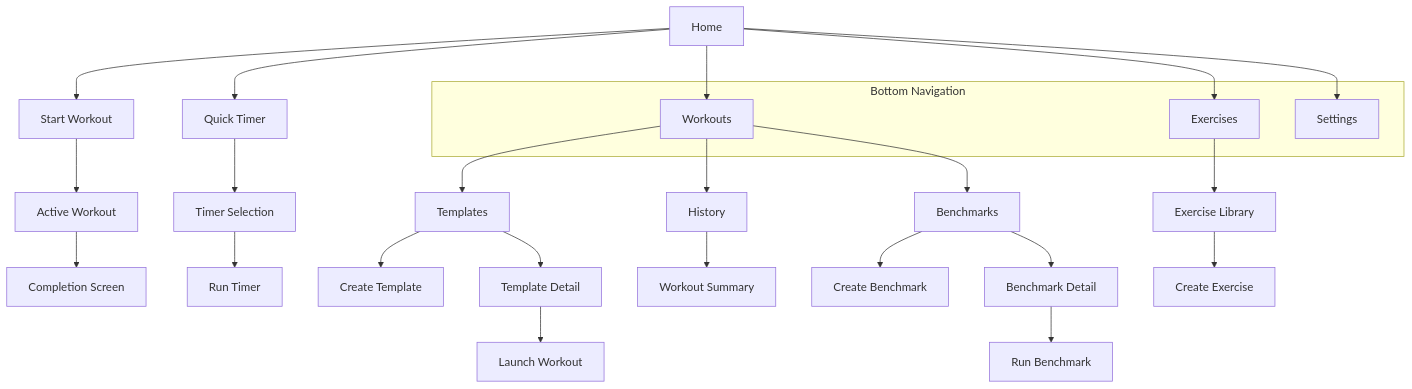
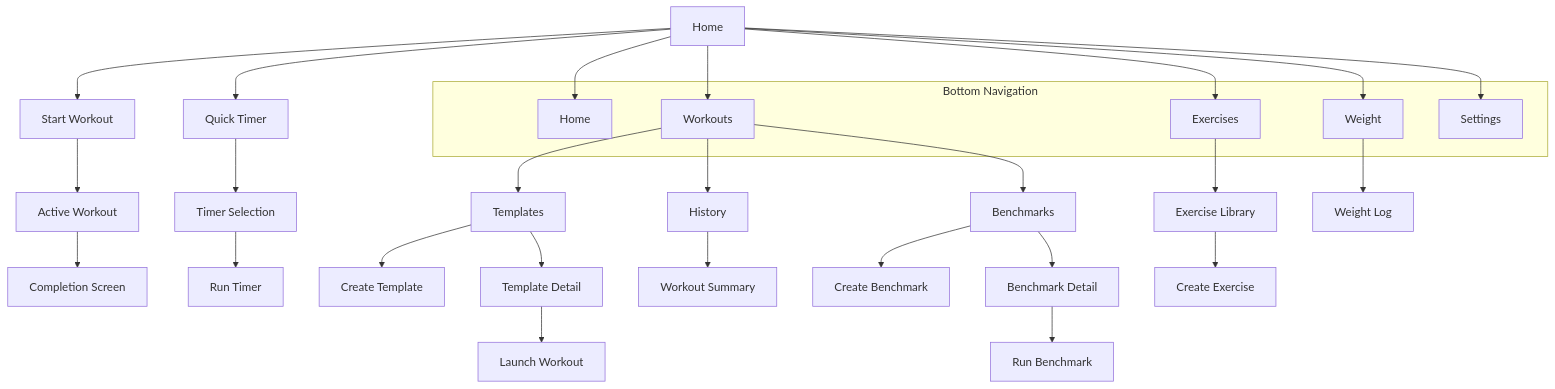
Before and after one commit to alexanderop/workoutTracker: the first of 7 diagrams in brain/reference/PRODUCT_FEATURES.md, drawn with Mermaid. The commit also changed other lines of this file and 30 other files, not shown here.

````diff
--- a/brain/reference/PRODUCT_FEATURES.md
+++ b/brain/reference/PRODUCT_FEATURES.md
@@ -41,40 +41,46 @@
 ```mermaid
 flowchart TB
     Home[Home]
 
     Home --> StartWorkout[Start Workout]
     Home --> QuickTimer[Quick Timer]
 
     subgraph Bottom Navigation
+        HomeTab[Home]
         WorkoutsTab[Workouts]
         ExercisesTab[Exercises]
+        WeightTab[Weight]
         SettingsTab[Settings]
     end
 
+    Home --> HomeTab
     Home --> WorkoutsTab
     Home --> ExercisesTab
+    Home --> WeightTab
     Home --> SettingsTab
 
     WorkoutsTab --> Templates[Templates]
     WorkoutsTab --> History[History]
     WorkoutsTab --> Benchmarks[Benchmarks]
 
     Templates --> CreateTemplate[Create Template]
     Templates --> TemplateDetail[Template Detail]
     TemplateDetail --> LaunchWorkout[Launch Workout]
 
     Benchmarks --> CreateBenchmark[Create Benchmark]
     Benchmarks --> BenchmarkDetail[Benchmark Detail]
     BenchmarkDetail --> RunBenchmark[Run Benchmark]
 
     History --> WorkoutSummary[Workout Summary]
 
     StartWorkout --> ActiveWorkout[Active Workout]
     ActiveWorkout --> CompletionScreen[Completion Screen]
 
     QuickTimer --> TimerSelection[Timer Selection]
     TimerSelection --> RunTimer[Run Timer]
 
+    WeightTab --> WeightLog[Weight Log]
+
     ExercisesTab --> ExerciseLibrary[Exercise Library]
     ExerciseLibrary --> CreateExercise[Create Exercise]
 ```
````
